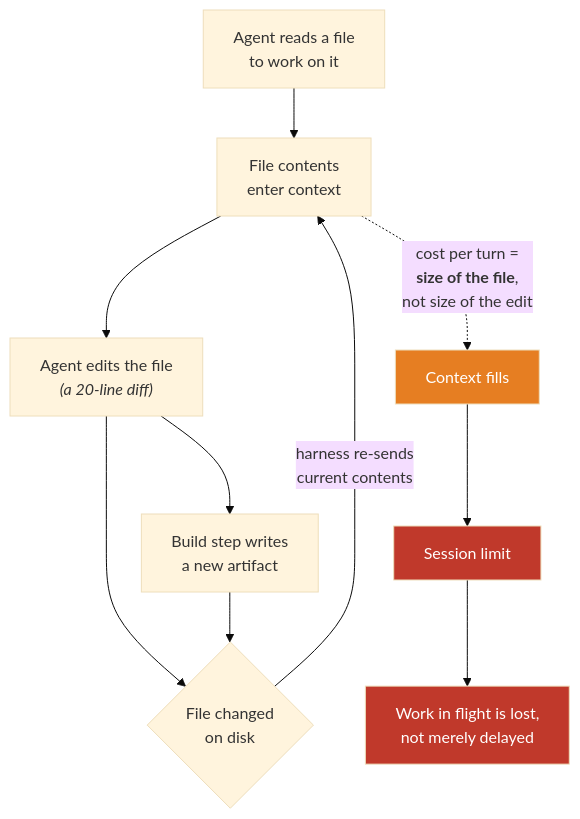
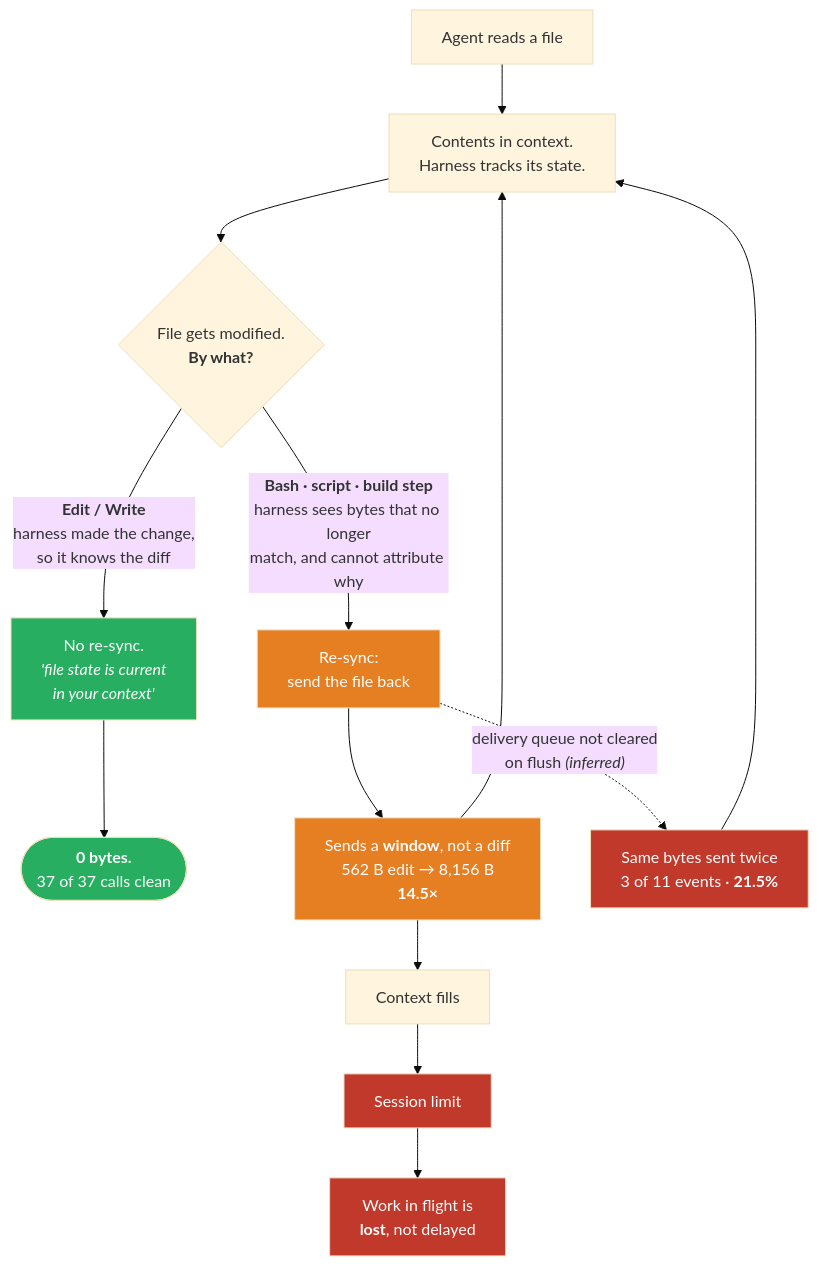
One commit to Purva-21/claude-session-limit-mitigation changed the first of 2 diagrams in README.md. Above: the diagram before and after it, drawn with Mermaid (base theme). The commit also changed other lines of this file and 3 other files, not shown here.

First line of the commit message:
Redraw the diagrams around the measured mechanism

````diff
--- a/README.md
+++ b/README.md
@@ -27,17 +29,27 @@
 ```mermaid
 flowchart TD
-    A["Agent reads a file<br/>to work on it"] --> B["File contents<br/>enter context"]
-    B --> C["Agent edits the file<br/><i>(a 20-line diff)</i>"]
-    C --> D{"File changed<br/>on disk"}
-    D -->|"harness re-sends<br/>current contents"| B
-    C --> E["Build step writes<br/>a new artifact"]
-    E --> D
+    A["Agent reads a file"] --> B["Contents in context.<br/>Harness tracks its state."]
+    B --> C{"File gets modified.<br/><b>By what?</b>"}
 
-    B -.->|"cost per turn =<br/><b>size of the file</b>,<br/>not size of the edit"| F["Context fills"]
-    F --> G["Session limit"]
-    G --> H["Work in flight is lost,<br/>not merely delayed"]
+    C -->|"<b>Edit / Write</b><br/>harness made the change,<br/>so it knows the diff"| OK["No re-sync.<br/><i>'file state is current<br/>in your context'</i>"]
+    C -->|"<b>Bash · script · build step</b><br/>harness sees bytes that no longer<br/>match, and cannot attribute why"| RS["Re-sync:<br/>send the file back"]
 
-    style G fill:#c0392b,color:#fff
-    style H fill:#c0392b,color:#fff
-    style F fill:#e67e22,color:#fff
+    OK --> FREE(["<b>0 bytes.</b><br/>37 of 37 calls clean"])
+
+    RS --> AMP["Sends a <b>window</b>, not a diff<br/>562 B edit → 8,156 B<br/><b>14.5×</b>"]
+    RS -.->|"delivery queue not cleared<br/>on flush <i>(inferred)</i>"| DUP["Same bytes sent twice<br/>3 of 11 events · <b>21.5%</b>"]
+
+    AMP --> B
+    DUP --> B
+    AMP --> FILL["Context fills"]
+    FILL --> LIM["Session limit"]
+    LIM --> LOST["Work in flight is<br/><b>lost</b>, not delayed"]
+
+    style OK fill:#27ae60,color:#fff
+    style FREE fill:#27ae60,color:#fff
+    style RS fill:#e67e22,color:#fff
+    style AMP fill:#e67e22,color:#fff
+    style DUP fill:#c0392b,color:#fff
+    style LIM fill:#c0392b,color:#fff
+    style LOST fill:#c0392b,color:#fff
 ```
````
